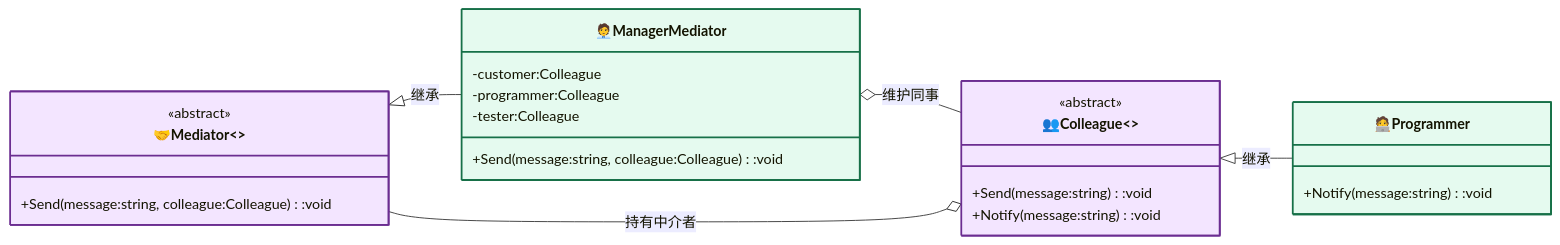
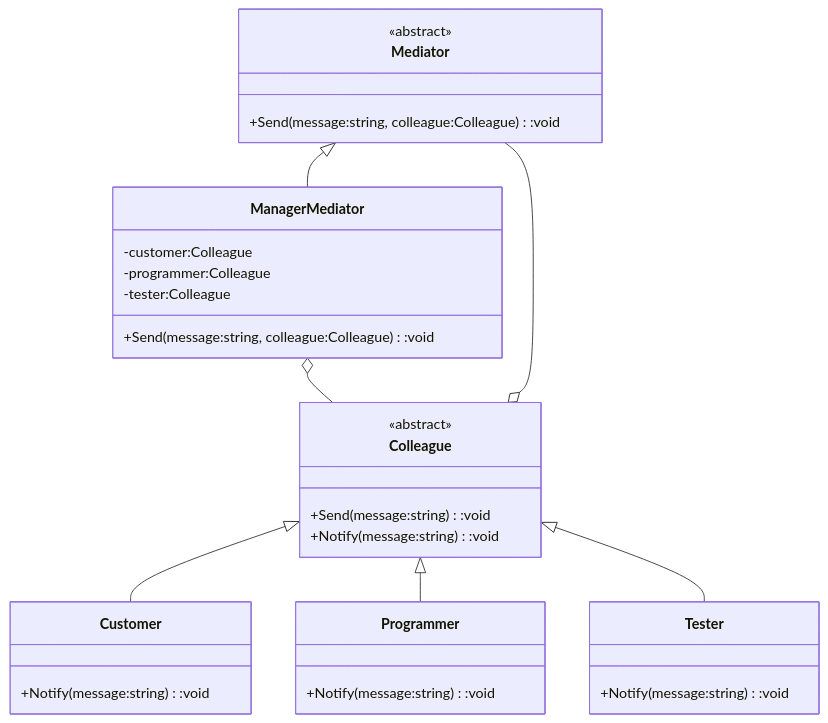
The second of 2 diagrams in MediatorPattern/README.md (hollson/design_patterns), drawn with Mermaid before and after one commit. The commit also changed other lines of this file and 19 other files, not shown here.

````diff
--- a/MediatorPattern/README.md
+++ b/MediatorPattern/README.md
@@ -20,33 +46,34 @@
 ```mermaid
-%%{init: {"classDiagram": {"useMarkdownLabels": true}} }%%
 classDiagram
-    direction LR
-
-    class Mediator["🤝Mediator<<abstract>>"]:::strategyCls{
+    class Mediator {
         <<abstract>>
         +Send(message:string, colleague:Colleague):void
     }
-    class ConcreteMediator["🧑‍💼ManagerMediator"]:::concreteCls{
+    class ManagerMediator {
         -customer:Colleague
         -programmer:Colleague
         -tester:Colleague
         +Send(message:string, colleague:Colleague):void
     }
-    class Colleague["👥Colleague<<abstract>>"]:::strategyCls{
+    class Colleague {
         <<abstract>>
         +Send(message:string):void
         +Notify(message:string):void
     }
-    class ConcreteColleague["🧑‍💻Programmer"]:::concreteCls{
+    class Customer {
+        +Notify(message:string):void
+    }
+    class Programmer {
+        +Notify(message:string):void
+    }
+    class Tester {
         +Notify(message:string):void
     }
 
-    Mediator <|-- ConcreteMediator : 继承
-    ConcreteMediator o-- Colleague : 维护同事
-    Colleague <|-- ConcreteColleague : 继承
-    Colleague o-- Mediator : 持有中介者
-
-    classDef contextCls fill:#fff3cd,stroke:#856404,stroke-width:2px
-    classDef strategyCls fill:#f3e5ff,stroke:#6b2d91,stroke-width:2px
-    classDef concreteCls fill:#e5faef,stroke:#177048,stroke-width:2px
+    Mediator <|-- ManagerMediator
+    Colleague <|-- Customer
+    Colleague <|-- Programmer
+    Colleague <|-- Tester
+    Colleague o-- Mediator
+    ManagerMediator o-- Colleague
 ```
````
